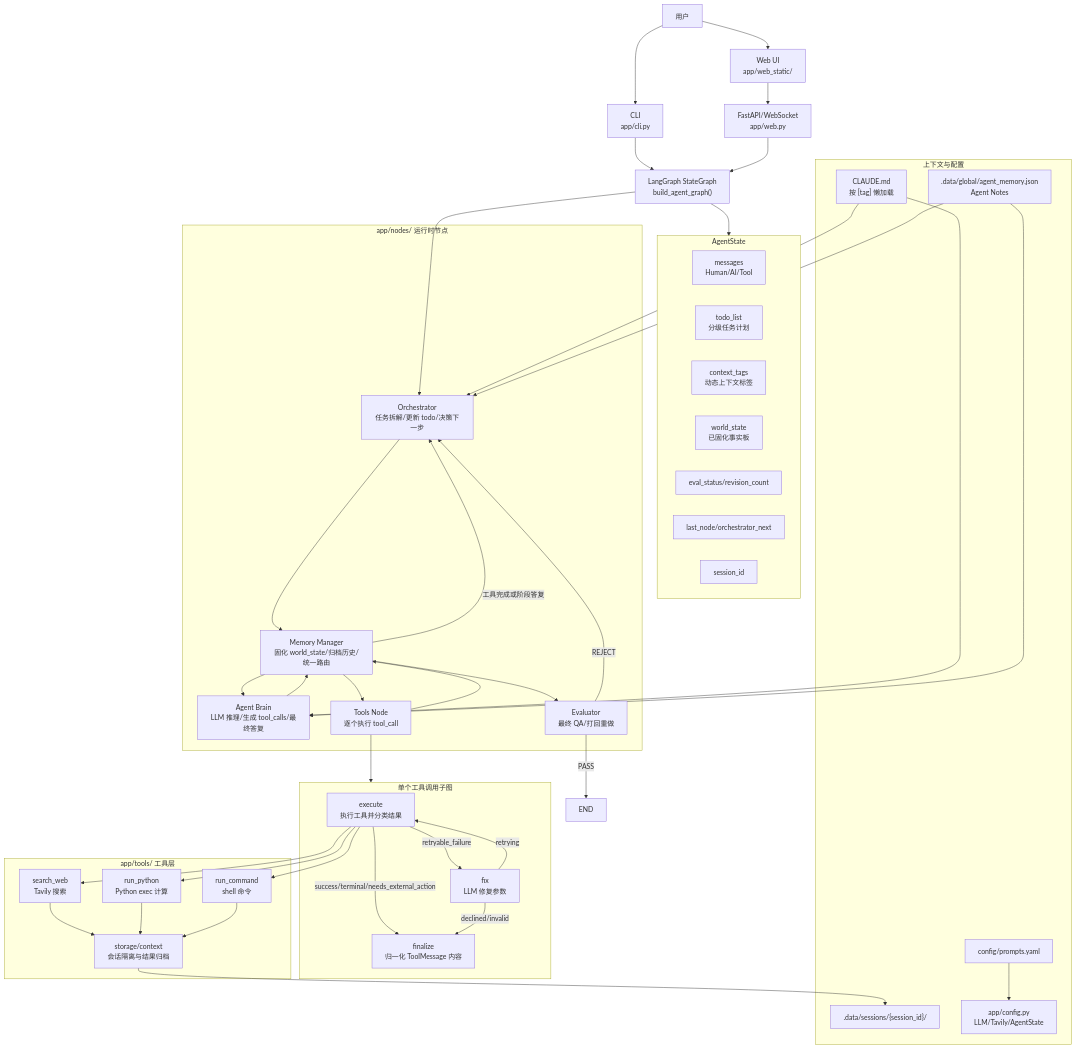
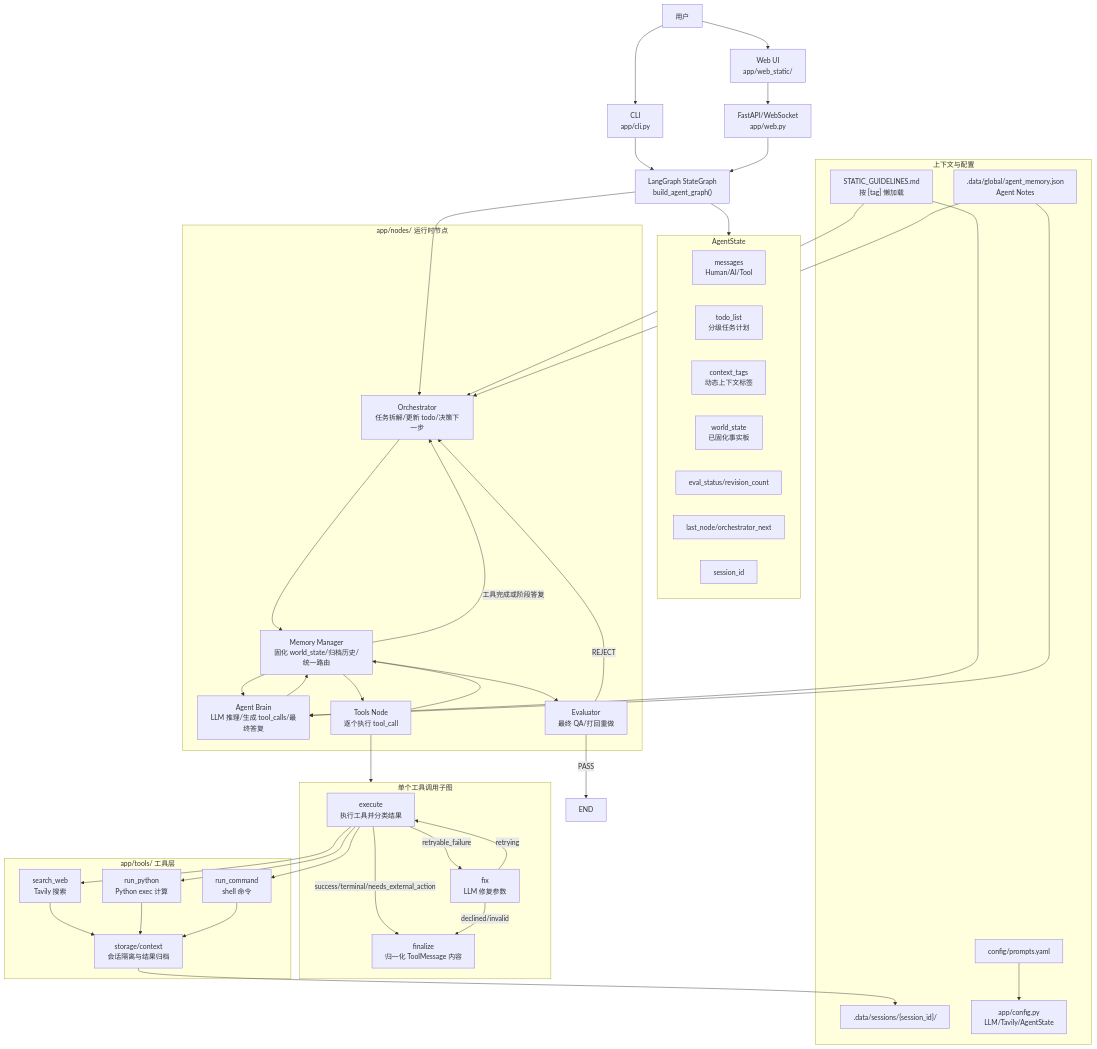
One commit to JO-WTF/agent-framework changed the first of 2 diagrams in ARCHITECTURE.md. Above: the diagram before and after it, drawn with Mermaid. The commit also changed other lines of this file and 9 other files, not shown here.

Commit message:
Rename and clear static guidelines file

````diff
--- a/ARCHITECTURE.md
+++ b/ARCHITECTURE.md
@@ -33,81 +33,81 @@
 ```mermaid
 flowchart TB
     User["用户"] --> CLI["CLI<br/>app/cli.py"]
     User --> WebUI["Web UI<br/>app/web_static/"]
     WebUI --> Web["FastAPI/WebSocket<br/>app/web.py"]
 
     CLI --> Graph["LangGraph StateGraph<br/>build_agent_graph()"]
     Web --> Graph
 
     subgraph State["AgentState"]
         Messages["messages<br/>Human/AI/Tool"]
         Todo["todo_list<br/>分级任务计划"]
         Tags["context_tags<br/>动态上下文标签"]
         World["world_state<br/>已固化事实板"]
         Eval["eval_status/revision_count"]
         Route["last_node/orchestrator_next"]
         Session["session_id"]
     end
 
     Graph --> State
 
     subgraph Nodes["app/nodes/ 运行时节点"]
         O["Orchestrator<br/>任务拆解/更新 todo/决策下一步"]
         M["Memory Manager<br/>固化 world_state/归档历史/统一路由"]
         A["Agent Brain<br/>LLM 推理/生成 tool_calls/最终答复"]
         T["Tools Node<br/>逐个执行 tool_call"]
         E["Evaluator<br/>最终 QA/打回重做"]
     end
 
     Graph --> O
     O --> M
     M --> A
     A --> M
     M --> T
     T --> M
     M --> E
     E -->|"PASS"| Done["END"]
     E -->|"REJECT"| O
     M -->|"工具完成或阶段答复"| O
 
     subgraph ToolSubgraph["单个工具调用子图"]
         X["execute<br/>执行工具并分类结果"]
         F["fix<br/>LLM 修复参数"]
         Z["finalize<br/>归一化 ToolMessage 内容"]
         X -->|"retryable_failure"| F
         F -->|"retrying"| X
         X -->|"success/terminal/needs_external_action"| Z
         F -->|"declined/invalid"| Z
     end
 
     T --> ToolSubgraph
 
     subgraph Tools["app/tools/ 工具层"]
         Search["search_web<br/>Tavily 搜索"]
         Python["run_python<br/>Python exec 计算"]
         Command["run_command<br/>shell 命令"]
         Storage["storage/context<br/>会话隔离与结果归档"]
     end
 
     X --> Search
     X --> Python
     X --> Command
     Search --> Storage
     Python --> Storage
     Command --> Storage
 
     subgraph Context["上下文与配置"]
         Prompts["config/prompts.yaml"]
-        Claude["CLAUDE.md<br/>按 [tag] 懒加载"]
+        Guidelines["STATIC_GUIDELINES.md<br/>按 [tag] 懒加载"]
         Notes[".data/global/agent_memory.json<br/>Agent Notes"]
         Runtime[".data/sessions/{session_id}/"]
         Config["app/config.py<br/>LLM/Tavily/AgentState"]
     end
 
     Prompts --> Config
-    Claude --> A
-    Claude --> O
+    Guidelines --> A
+    Guidelines --> O
     Notes --> A
     Notes --> O
     Storage --> Runtime
 ```
````
